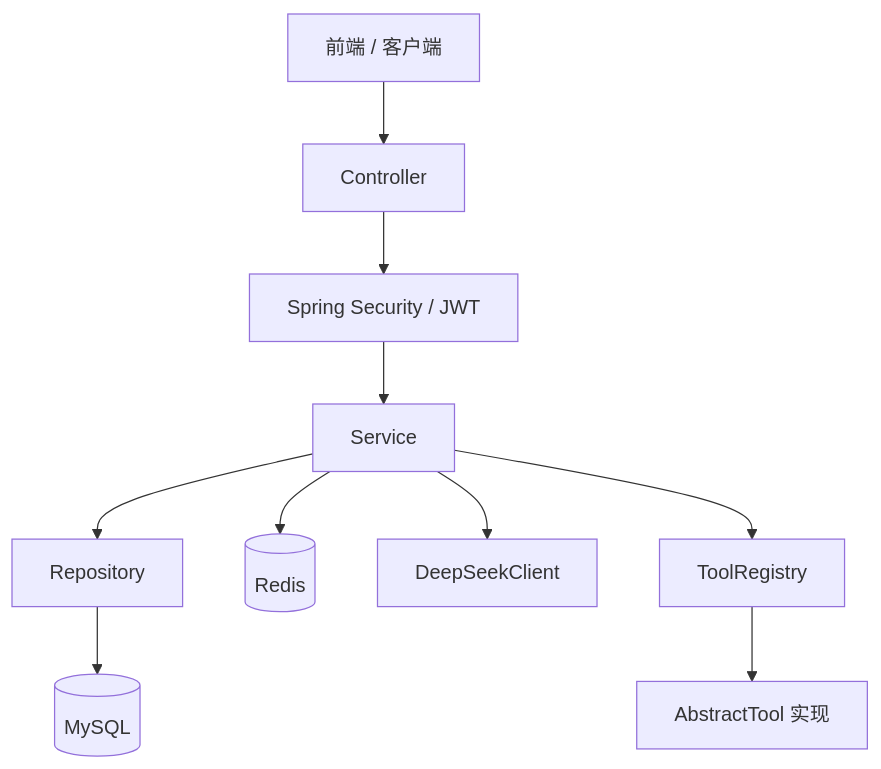
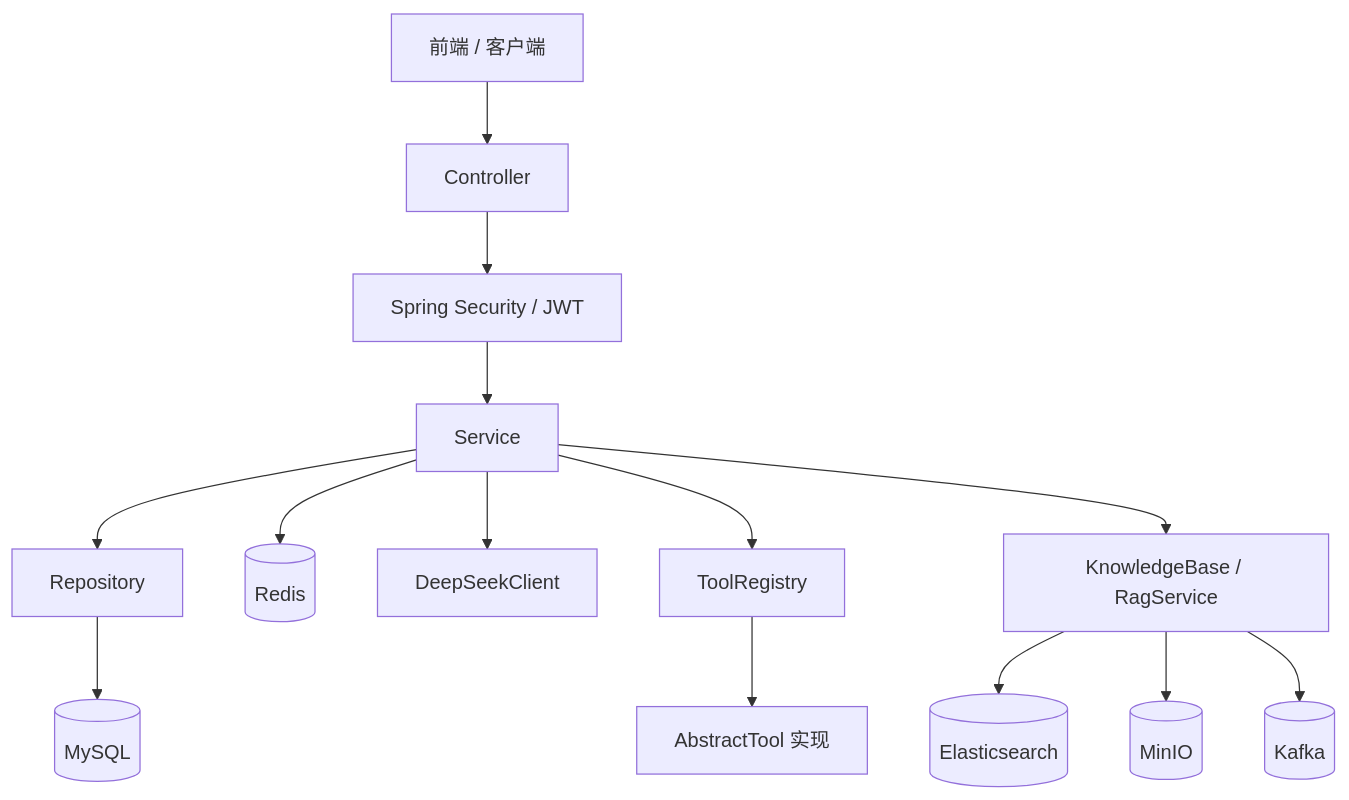
Before and after one commit to skkjkk/intelligent-qa-agent: the first of 5 diagrams in README.md, drawn with Mermaid. The commit also changed other lines of this file and 40 other files, not shown here.

````diff
--- a/README.md
+++ b/README.md
@@ -91,12 +122,16 @@
 ```mermaid
 flowchart TD
     A[前端 / 客户端] --> B[Controller]
     B --> C[Spring Security / JWT]
     C --> D[Service]
     D --> E[Repository]
     E --> F[(MySQL)]
     D --> G[(Redis)]
     D --> H[DeepSeekClient]
     D --> I[ToolRegistry]
     I --> J[AbstractTool 实现]
+    D --> K[KnowledgeBase / RagService]
+    K --> L[(Elasticsearch)]
+    K --> M[(MinIO)]
+    K --> N[(Kafka)]
 ```
````
